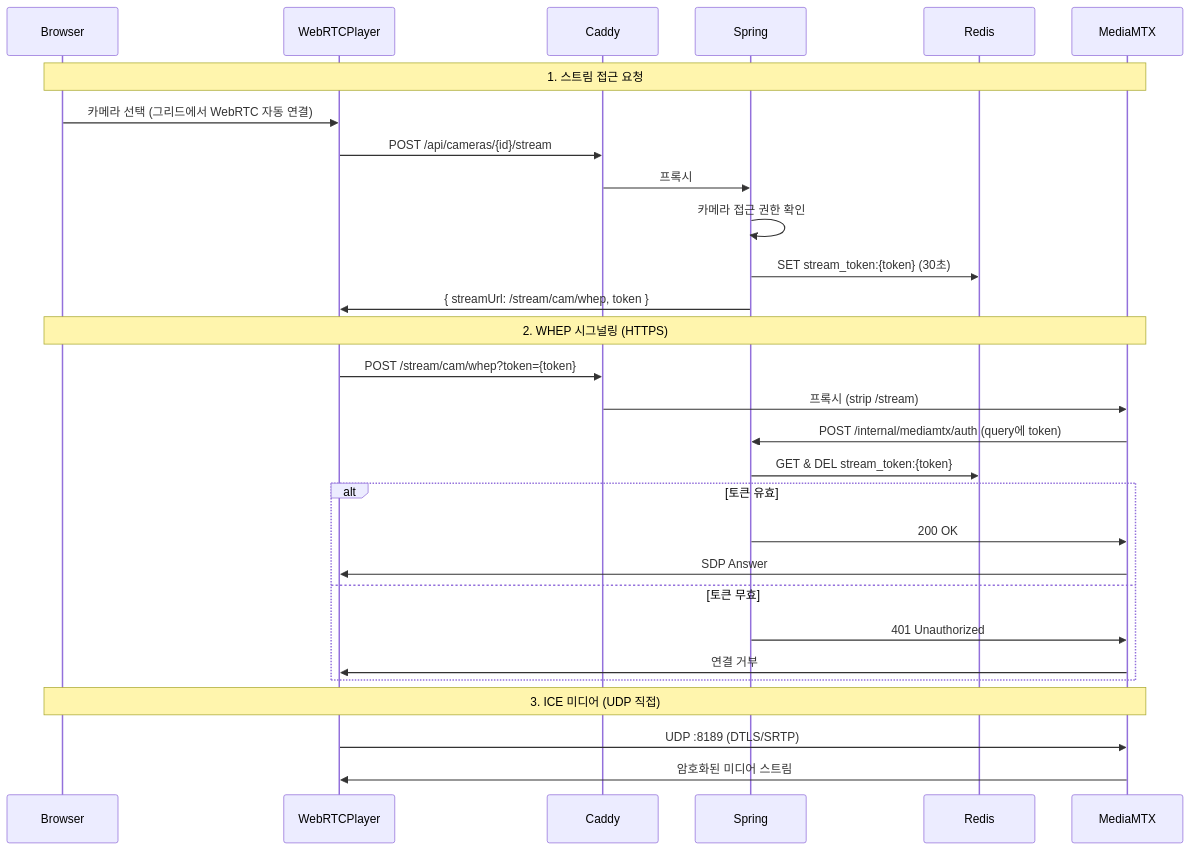
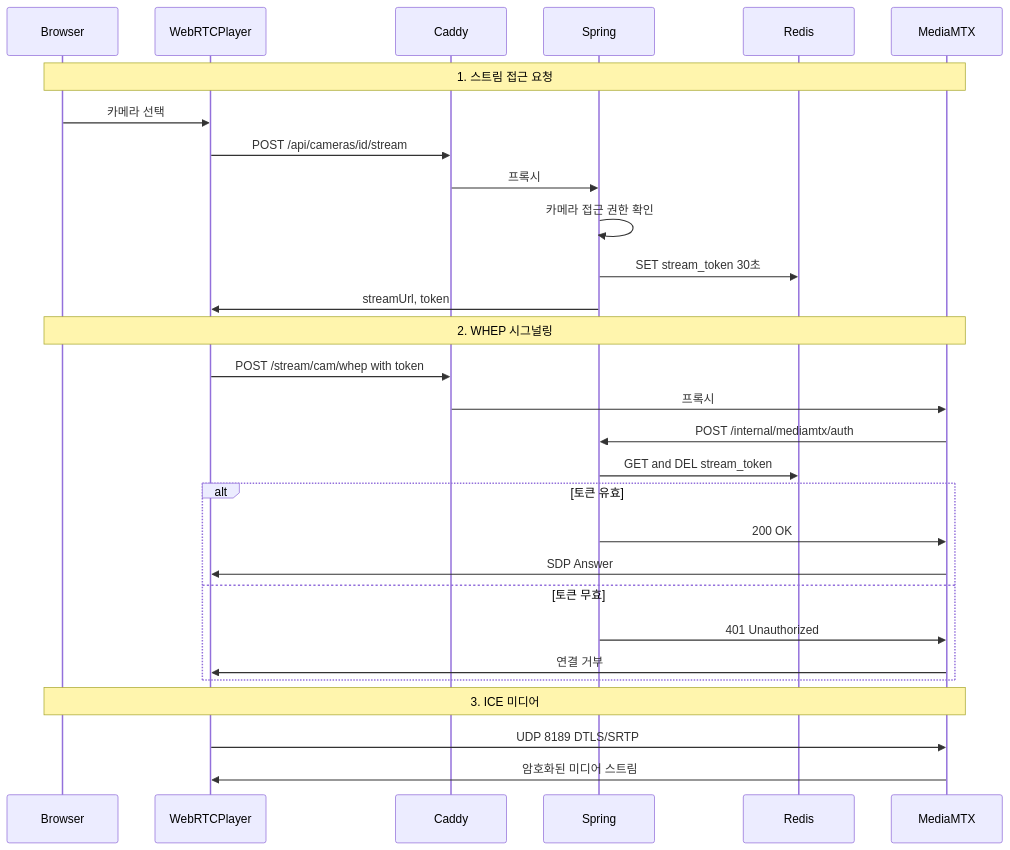
The fourth of 6 diagrams in WORKFLOWS.md (AIX-01/aegis-frontend), drawn with Mermaid before and after one commit. The commit also changed other lines of this file, not shown here.

Commit message:
fix: WORKFLOWS.md mermaid 문법 에러 수정

````diff
--- a/WORKFLOWS.md
+++ b/WORKFLOWS.md
@@ -864,35 +864,35 @@
 ```mermaid
 sequenceDiagram
     participant B as Browser
     participant WP as WebRTCPlayer
     participant C as Caddy
     participant S as Spring
     participant R as Redis
     participant MTX as MediaMTX
 
     Note over B,MTX: 1. 스트림 접근 요청
-    B->>WP: 카메라 선택 (그리드에서 WebRTC 자동 연결)
-    WP->>C: POST /api/cameras/{id}/stream
+    B->>WP: 카메라 선택
+    WP->>C: POST /api/cameras/id/stream
     C->>S: 프록시
     S->>S: 카메라 접근 권한 확인
-    S->>R: SET stream_token:{token} (30초)
-    S->>WP: { streamUrl: /stream/cam/whep, token }
+    S->>R: SET stream_token 30초
+    S->>WP: streamUrl, token
 
-    Note over B,MTX: 2. WHEP 시그널링 (HTTPS)
-    WP->>C: POST /stream/cam/whep?token={token}
-    C->>MTX: 프록시 (strip /stream)
-    MTX->>S: POST /internal/mediamtx/auth (query에 token)
-    S->>R: GET & DEL stream_token:{token}
+    Note over B,MTX: 2. WHEP 시그널링
+    WP->>C: POST /stream/cam/whep with token
+    C->>MTX: 프록시
+    MTX->>S: POST /internal/mediamtx/auth
+    S->>R: GET and DEL stream_token
     
     alt 토큰 유효
         S->>MTX: 200 OK
         MTX->>WP: SDP Answer
     else 토큰 무효
         S->>MTX: 401 Unauthorized
         MTX->>WP: 연결 거부
     end
 
-    Note over B,MTX: 3. ICE 미디어 (UDP 직접)
-    WP->>MTX: UDP :8189 (DTLS/SRTP)
+    Note over B,MTX: 3. ICE 미디어
+    WP->>MTX: UDP 8189 DTLS/SRTP
     MTX->>WP: 암호화된 미디어 스트림
 ```
````
